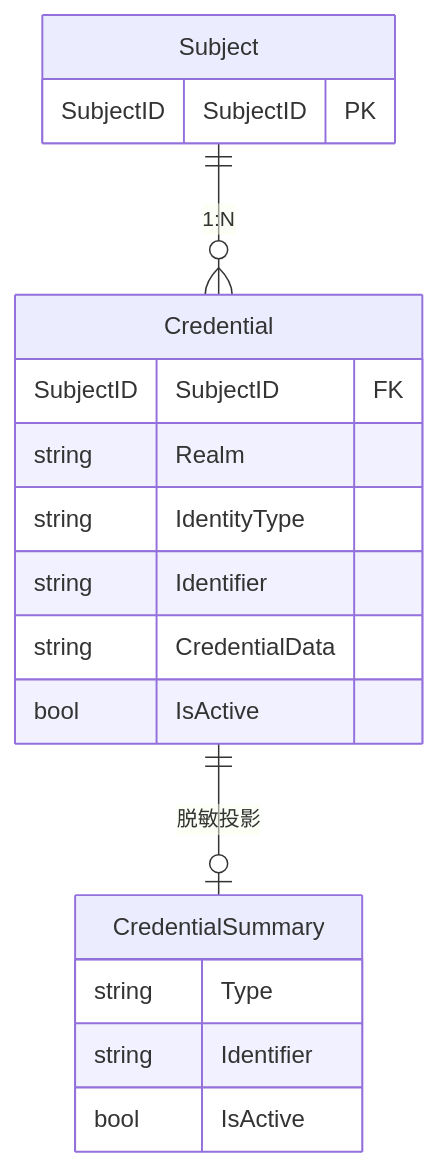
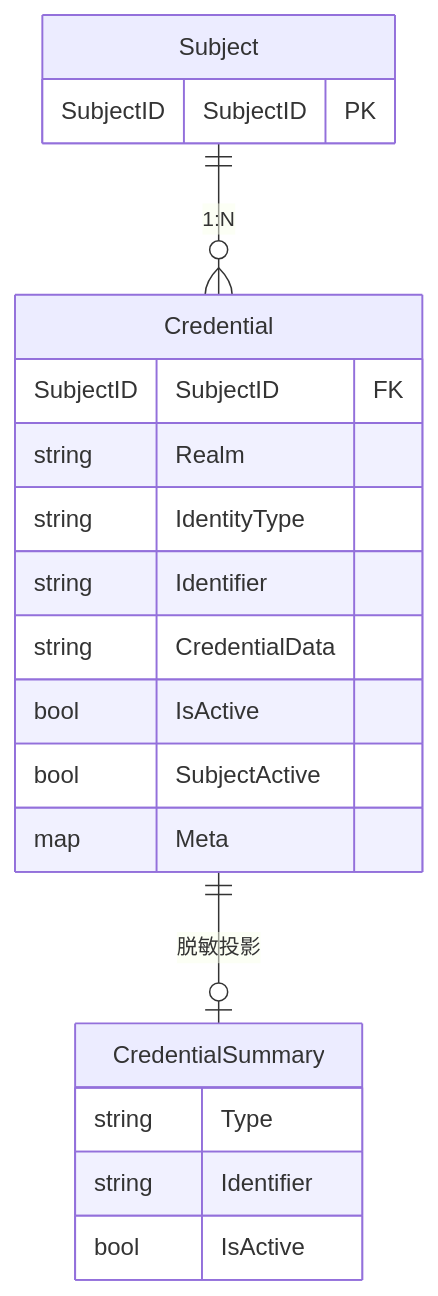
One commit to modern-magic-go/identity changed the diagram in README.md. Above: the diagram before and after it, drawn with Mermaid. The commit also changed other lines of this file and 1 other file, not shown here.

Commit message:
docs(core): 更新 README 和 doc.go 适配 SubjectActive/CredentialMeta 双层闸门

````diff
--- a/README.md
+++ b/README.md
@@ -69,24 +69,26 @@
 ```mermaid
 erDiagram
     Subject {
         SubjectID SubjectID PK
     }
 
     Credential {
         SubjectID SubjectID FK
         string Realm
         string IdentityType
         string Identifier
         string CredentialData
         bool IsActive
+        bool SubjectActive
+        map Meta
     }
 
     CredentialSummary {
         string Type
         string Identifier
         bool IsActive
     }
 
     Subject ||--o{ Credential : "1:N"
     Credential ||--o| CredentialSummary : "脱敏投影"
 ```
````
